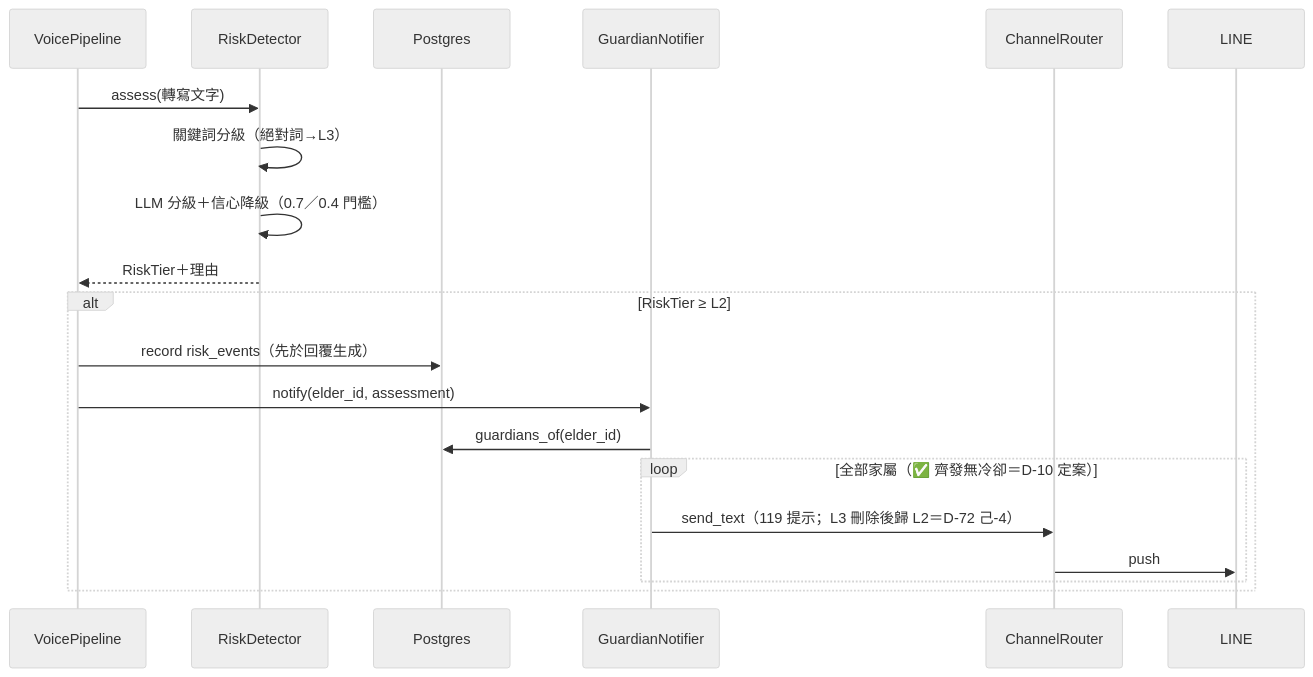
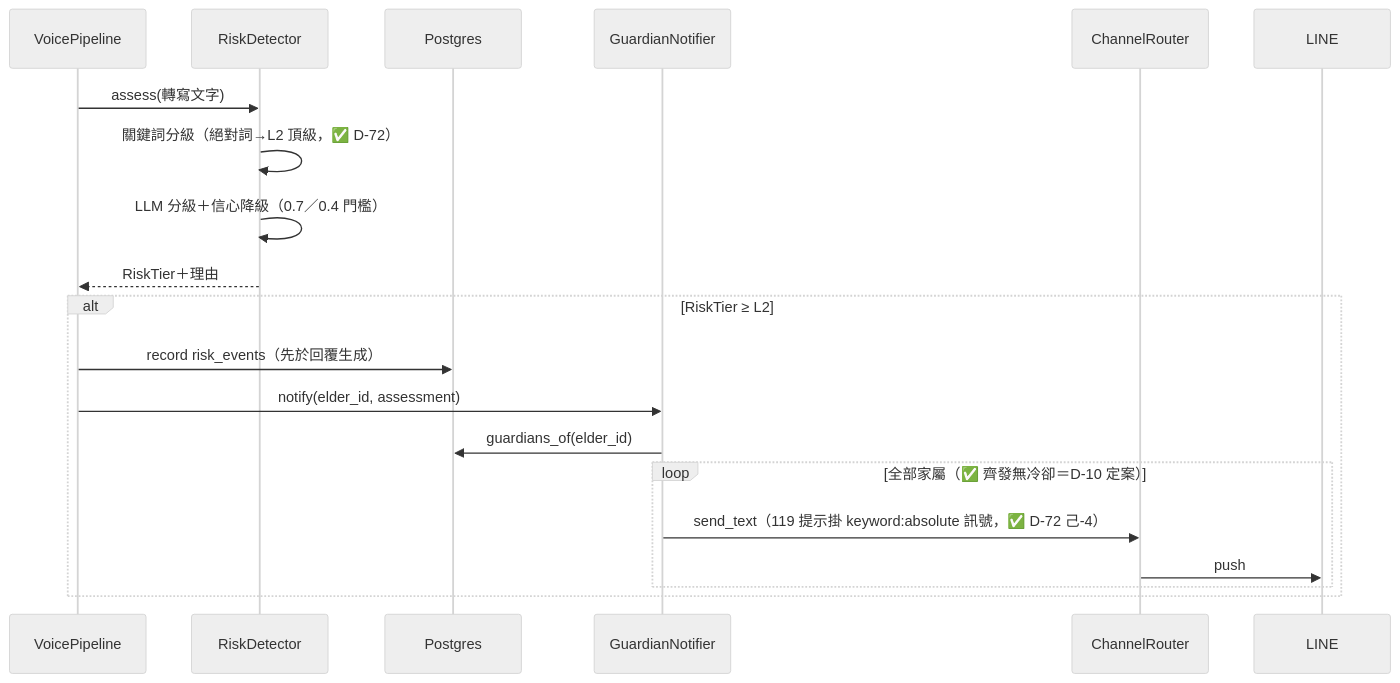
Before and after one commit to leo53021313/kinsun: the ninth of 11 diagrams in docs/dev/05_架構與設計.md, drawn with Mermaid (neutral theme). The commit also changed other lines of this file and 28 other files, not shown here.

````diff
--- a/docs/dev/05_架構與設計.md
+++ b/docs/dev/05_架構與設計.md
@@ -450,23 +450,23 @@
 ```mermaid
 sequenceDiagram
     participant P as VoicePipeline
     participant D as RiskDetector
     participant DB as Postgres
     participant N as GuardianNotifier
     participant R as ChannelRouter
     participant LINE as LINE
 
     P->>D: assess(轉寫文字)
-    D->>D: 關鍵詞分級（絕對詞→L3）
+    D->>D: 關鍵詞分級（絕對詞→L2 頂級，✅ D-72）
     D->>D: LLM 分級＋信心降級（0.7／0.4 門檻）
     D-->>P: RiskTier＋理由
     alt RiskTier ≥ L2
         P->>DB: record risk_events（先於回覆生成）
         P->>N: notify(elder_id, assessment)
         N->>DB: guardians_of(elder_id)
         loop 全部家屬（✅ 齊發無冷卻＝D-10 定案）
-            N->>R: send_text（119 提示；L3 刪除後歸 L2＝D-72 己-4）
+            N->>R: send_text（119 提示掛 keyword:absolute 訊號，✅ D-72 己-4）
             R->>LINE: push
         end
     end
 ```
````
